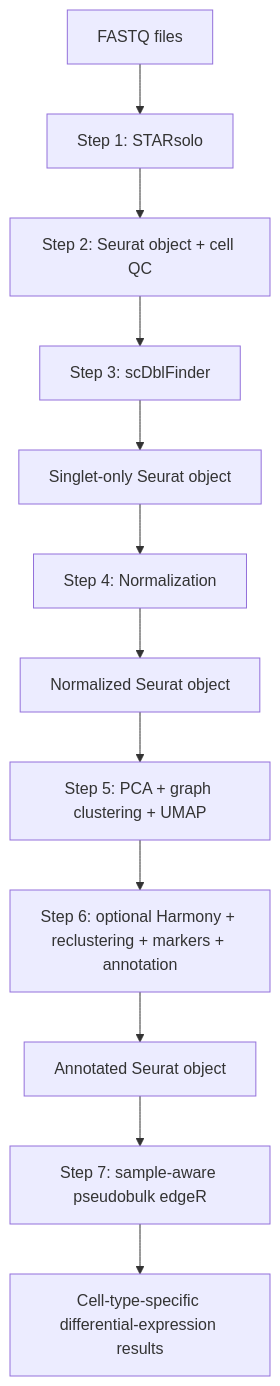
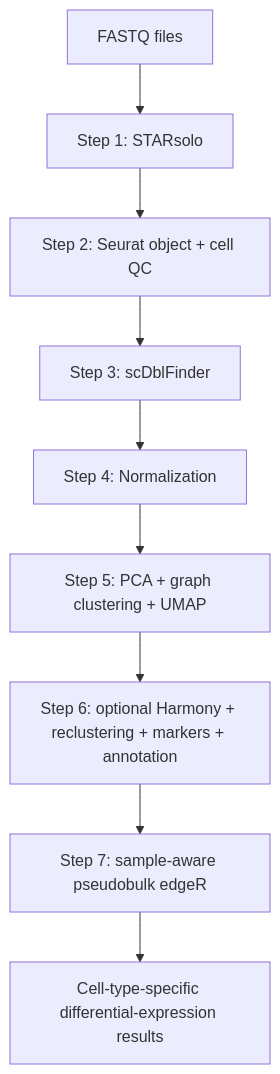
Before and after one commit to fdachet/Genomics: the diagram in Script_R/Chromium_SingleCell/README.md, drawn with Mermaid.

Commit message:
Synchronize: 1 overwrite

````diff
--- a/Script_R/Chromium_SingleCell/README.md
+++ b/Script_R/Chromium_SingleCell/README.md
@@ -14,14 +14,11 @@
 ```mermaid
 flowchart TD
     A[FASTQ files] --> B[Step 1: STARsolo]
     B --> D[Step 2: Seurat object + cell QC]
     D --> F[Step 3: scDblFinder]
-    F --> G[Singlet-only Seurat object]
-    G --> H[Step 4: Normalization]
-    H --> I[Normalized Seurat object]
-    I --> J[Step 5: PCA + graph clustering + UMAP]
+    F --> H[Step 4: Normalization]
+    H --> J[Step 5: PCA + graph clustering + UMAP]
     J --> K[Step 6: optional Harmony + reclustering + markers + annotation]
-    K --> L[Annotated Seurat object]
-    L --> M[Step 7: sample-aware pseudobulk edgeR]
+    K --> M[Step 7: sample-aware pseudobulk edgeR]
     M --> N[Cell-type-specific differential-expression results]
 ```
````
